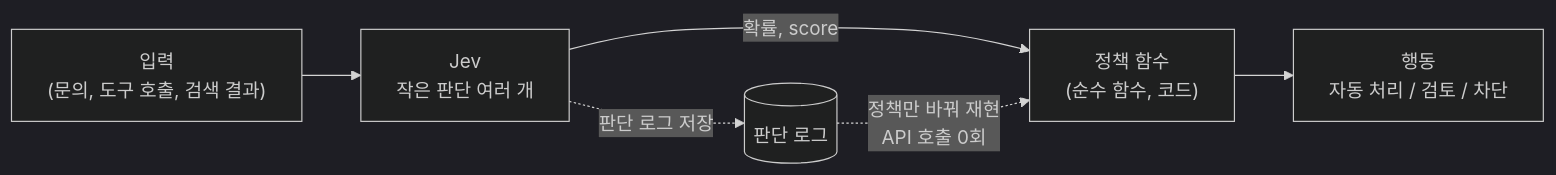
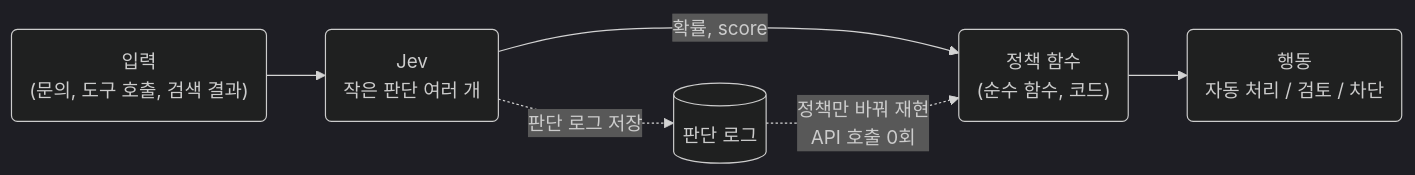
One commit to seujung/ai-research changed the first of 5 diagrams in docs/trends/posts/2026-10-18-jev-patterns.md. Above: the diagram before and after it, drawn with Mermaid (dark theme). The commit also changed other lines of this file and 176 other files, not shown here.

````diff
--- a/docs/trends/posts/2026-10-18-jev-patterns.md
+++ b/docs/trends/posts/2026-10-18-jev-patterns.md
@@ -34,8 +34,8 @@
 ```mermaid
 flowchart LR
-    IN["입력<br/>(문의, 도구 호출, 검색 결과)"] --> J["Jev<br/>작은 판단 여러 개"]
-    J -->|"확률, score"| P["정책 함수<br/>(순수 함수, 코드)"]
-    P --> ACT["행동<br/>자동 처리 / 검토 / 차단"]
+    IN("입력<br/>(문의, 도구 호출, 검색 결과)") --> J("Jev<br/>작은 판단 여러 개")
+    J -->|"확률, score"| P("정책 함수<br/>(순수 함수, 코드)")
+    P --> ACT("행동<br/>자동 처리 / 검토 / 차단")
     J -.->|"판단 로그 저장"| LOG[("판단 로그")]
     LOG -.->|"정책만 바꿔 재현<br/>API 호출 0회"| P
 ```
````
